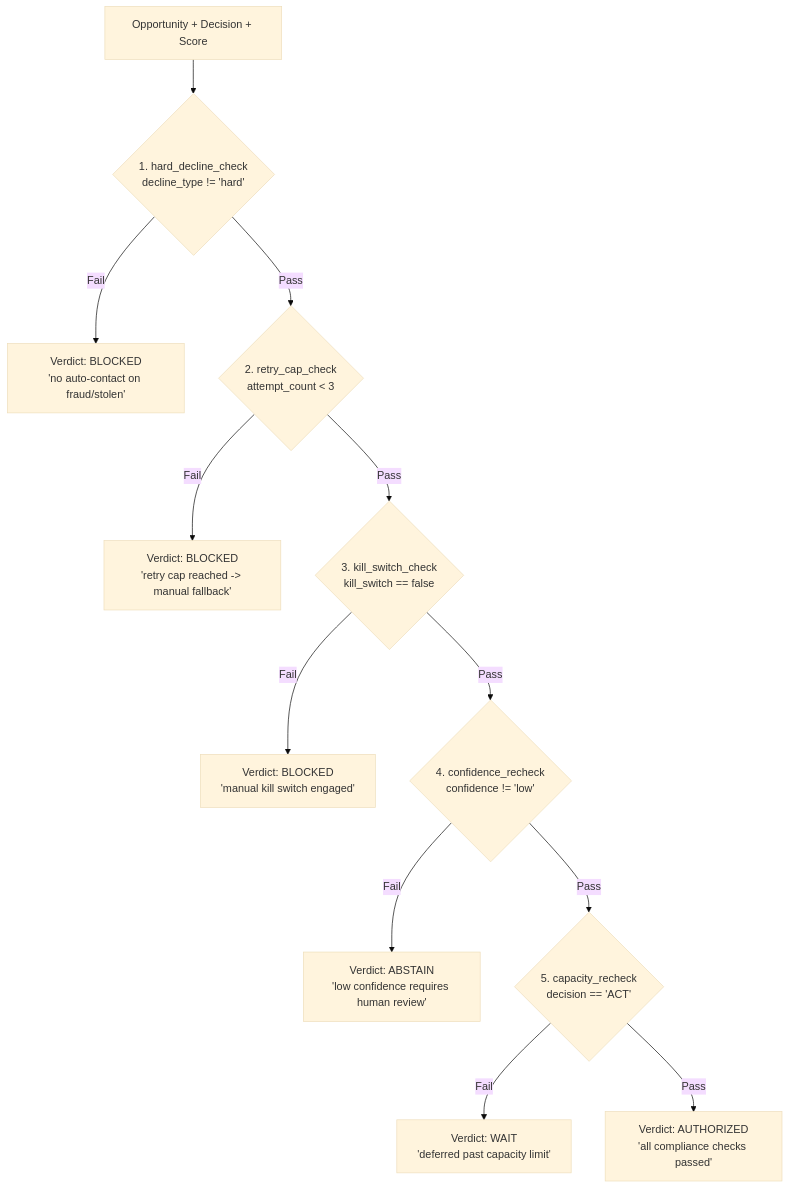
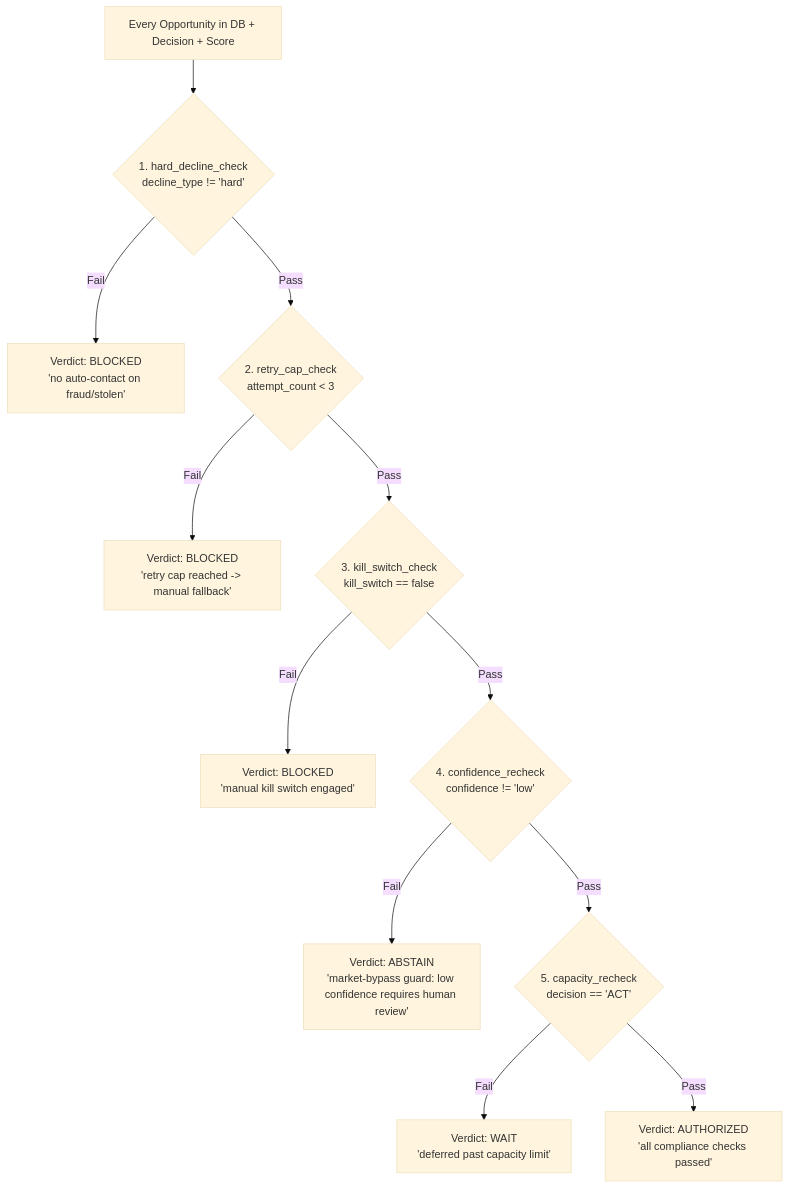
One commit to Mr-Roninx/ULTRON changed the third of 4 diagrams in ARCHITECTURE_AND_WORKING.md. Above: the diagram before and after it, drawn with Mermaid (base theme). The commit also changed other lines of this file and 1052 other files, not shown here.

````diff
--- a/ARCHITECTURE_AND_WORKING.md
+++ b/ARCHITECTURE_AND_WORKING.md
@@ -368,14 +369,14 @@
 ```mermaid
 flowchart TD
-    OPP[Opportunity + Decision + Score] --> C1{1. hard_decline_check\ndecline_type != 'hard'}
+    OPP[Every Opportunity in DB + Decision + Score] --> C1{1. hard_decline_check\ndecline_type != 'hard'}
     C1 -->|Fail| V_BLOCK1[Verdict: BLOCKED\n'no auto-contact on fraud/stolen']
     C1 -->|Pass| C2{2. retry_cap_check\nattempt_count < 3}
     C2 -->|Fail| V_BLOCK2[Verdict: BLOCKED\n'retry cap reached -> manual fallback']
     C2 -->|Pass| C3{3. kill_switch_check\nkill_switch == false}
     C3 -->|Fail| V_BLOCK3[Verdict: BLOCKED\n'manual kill switch engaged']
     C3 -->|Pass| C4{4. confidence_recheck\nconfidence != 'low'}
-    C4 -->|Fail| V_ABS[Verdict: ABSTAIN\n'low confidence requires human review']
+    C4 -->|Fail| V_ABS[Verdict: ABSTAIN\n'market-bypass guard: low confidence requires human review']
     C4 -->|Pass| C5{5. capacity_recheck\ndecision == 'ACT'}
     C5 -->|Fail| V_WAIT[Verdict: WAIT\n'deferred past capacity limit']
     C5 -->|Pass| V_AUTH[Verdict: AUTHORIZED\n'all compliance checks passed']
 ```
````
